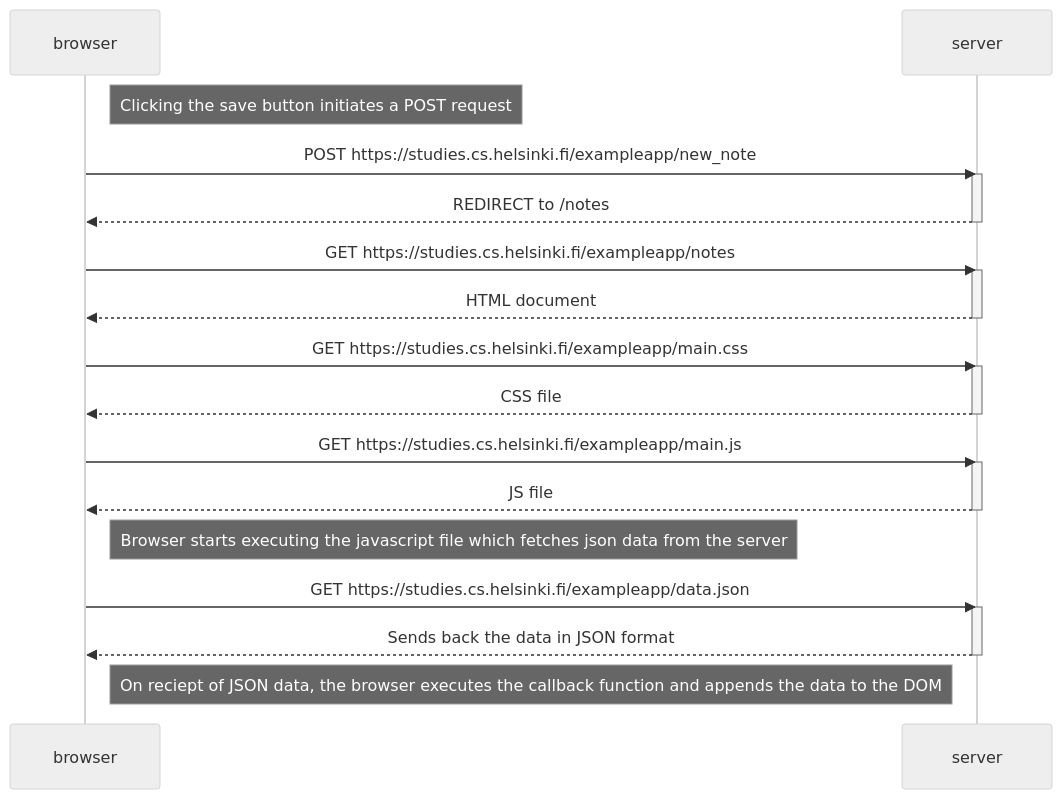
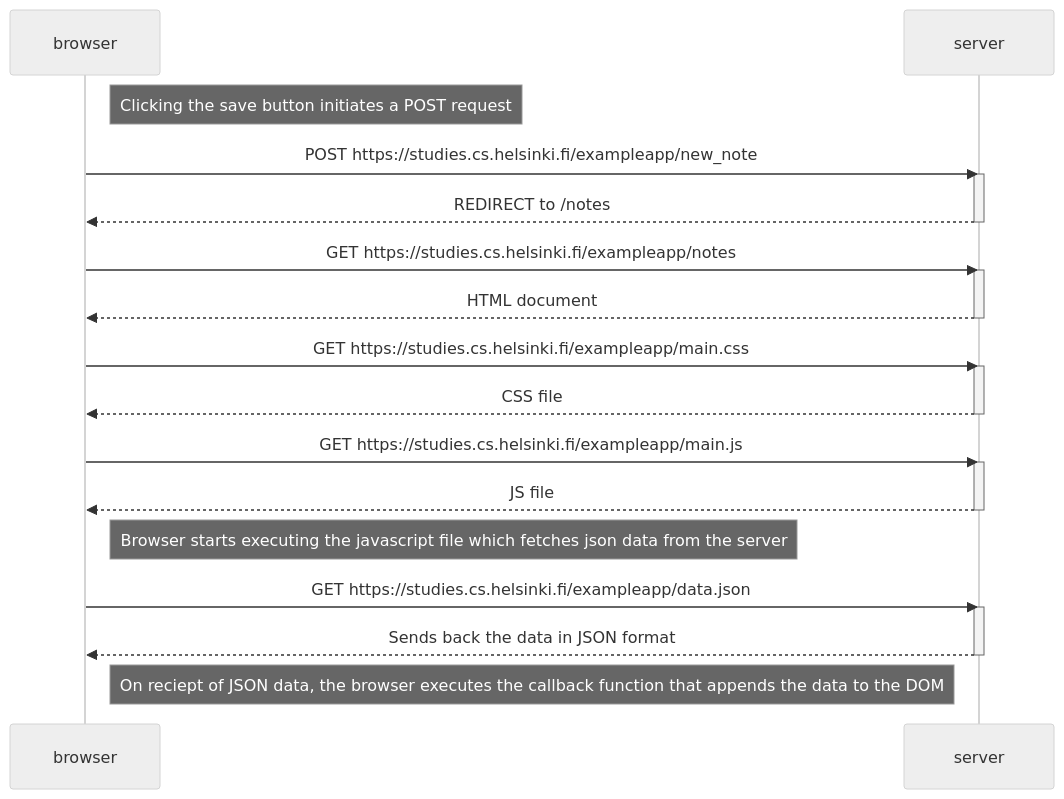
The diagram in part0/0.4newNoteDiagram.md (LateBloomer22/fullStackOpen), drawn with Mermaid (neutral theme) before and after one commit.

Commit message:
Minor grammatical change

````diff
--- a/part0/0.4newNoteDiagram.md
+++ b/part0/0.4newNoteDiagram.md
@@ -1,36 +1,36 @@
 ```mermaid
 sequenceDiagram
 participant browser
 participant server
 
     Note right of browser: Clicking the save button initiates a POST request
 
     browser ->> server: POST https://studies.cs.helsinki.fi/exampleapp/new_note
     activate server
     server -->> browser: REDIRECT to /notes
     deactivate server
 
     browser ->> server : GET https://studies.cs.helsinki.fi/exampleapp/notes
     activate server
     server -->> browser: HTML document
     deactivate server
 
     browser ->> server : GET https://studies.cs.helsinki.fi/exampleapp/main.css
     activate server
     server -->> browser: CSS file
     deactivate server
 
     browser ->> server : GET https://studies.cs.helsinki.fi/exampleapp/main.js
     activate server
     server -->> browser: JS file
     deactivate server
 
     Note right of browser: Browser starts executing the javascript file which fetches json data from the server
 
     browser ->> server : GET https://studies.cs.helsinki.fi/exampleapp/data.json
     activate server
     server -->> browser: Sends back the data in JSON format
     deactivate server
     
-    Note right of browser: On reciept of JSON data, the browser executes the callback function and appends the data to the DOM
+    Note right of browser: On reciept of JSON data, the browser executes the callback function that appends the data to the DOM
 ```
````
